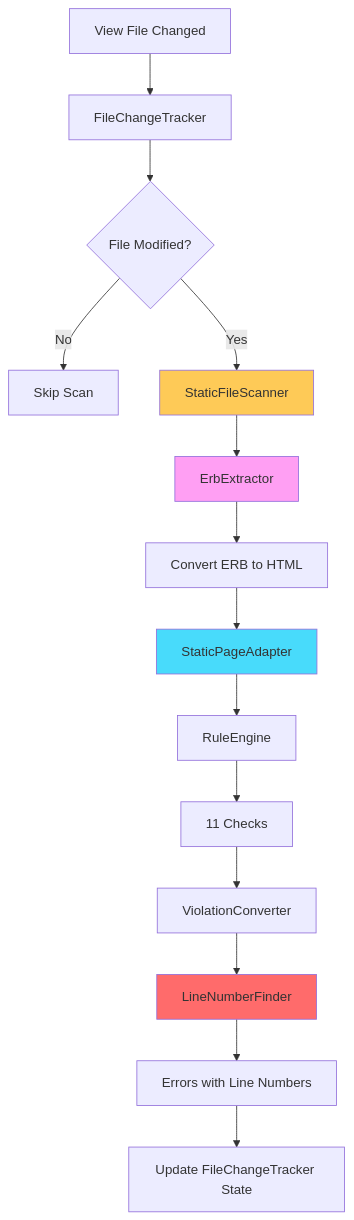
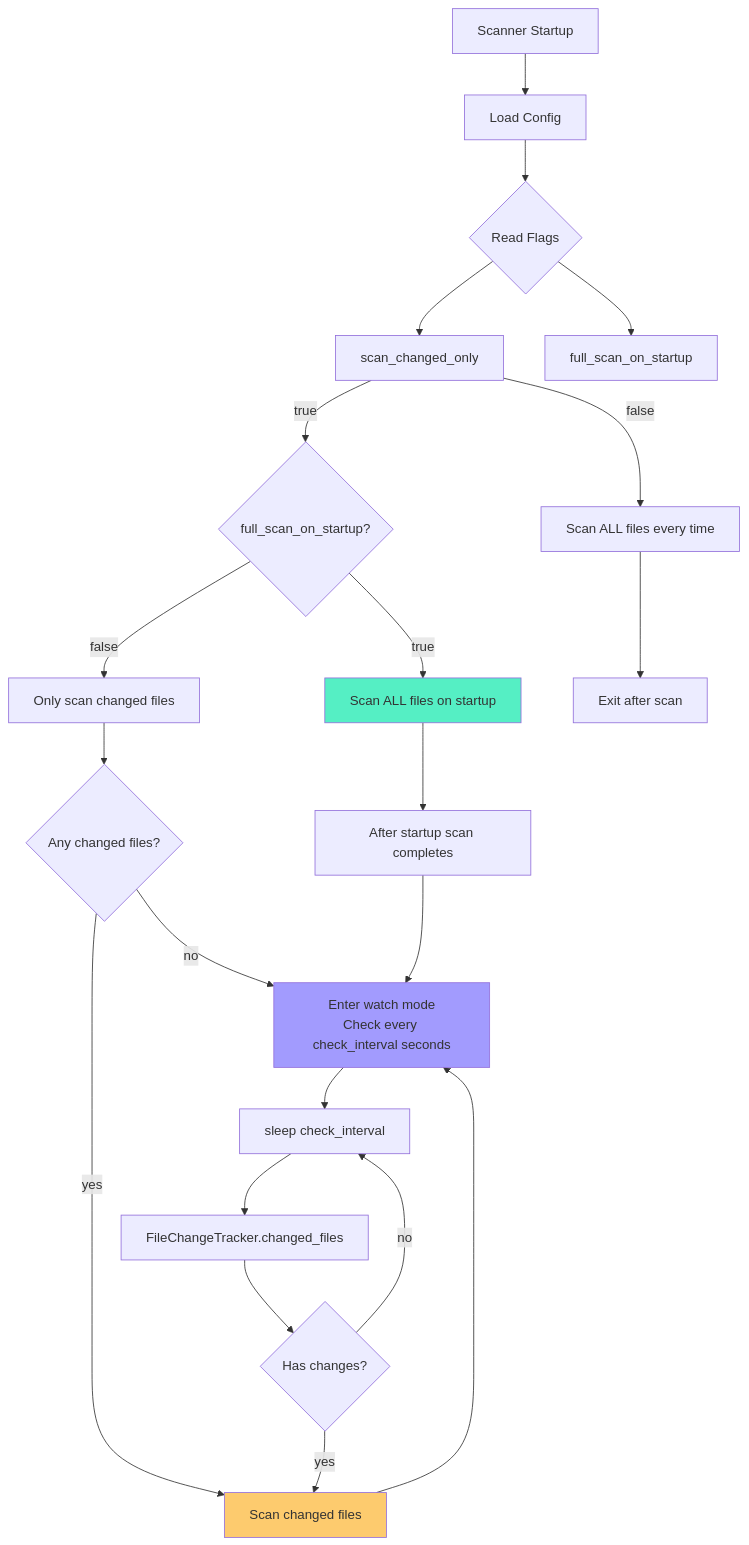
Before and after one commit to rayraycodes/rails-accessibility-testing: the sixth of 8 diagrams in ARCHITECTURE.md, drawn with Mermaid. The commit also changed other lines of this file and 1 other file, not shown here.

First line of the commit message:
docs: Comprehensive architecture documentation update

````diff
--- a/ARCHITECTURE.md
+++ b/ARCHITECTURE.md
@@ -468,21 +572,34 @@
 ```mermaid
 graph TB
-    A[View File Changed] --> B[FileChangeTracker]
-    B --> C{File Modified?}
-    C -->|No| D[Skip Scan]
-    C -->|Yes| E[StaticFileScanner]
-    E --> F[ErbExtractor]
-    F --> G[Convert ERB to HTML]
-    G --> H[StaticPageAdapter]
-    H --> I[RuleEngine]
-    I --> J[11 Checks]
-    J --> K[ViolationConverter]
-    K --> L[LineNumberFinder]
-    L --> M[Errors with Line Numbers]
-    M --> N[Update FileChangeTracker State]
+    Start[Scanner Startup] --> Config[Load Config]
+    Config --> Flags{Read Flags}
+    Flags --> ScanChanged[scan_changed_only]
+    Flags --> FullStartup[full_scan_on_startup]
     
-    style E fill:#feca57
-    style F fill:#ff9ff3
-    style H fill:#48dbfb
-    style L fill:#ff6b6b
+    ScanChanged -->|false| AlwaysScan[Scan ALL files every time]
+    ScanChanged -->|true| CheckStartup{full_scan_on_startup?}
+    
+    CheckStartup -->|true| StartupScan[Scan ALL files on startup]
+    CheckStartup -->|false| ChangedOnly[Only scan changed files]
+    
+    StartupScan --> AfterStartup[After startup scan completes]
+    ChangedOnly --> CheckEmpty{Any changed files?}
+    
+    CheckEmpty -->|no| WatchMode[Enter watch mode<br/>Check every check_interval seconds]
+    CheckEmpty -->|yes| ScanChangedFiles[Scan changed files]
+    
+    AfterStartup --> WatchMode
+    ScanChangedFiles --> WatchMode
+    
+    WatchMode --> Sleep[sleep check_interval]
+    Sleep --> CheckChanges[FileChangeTracker.changed_files]
+    CheckChanges --> HasChanges{Has changes?}
+    HasChanges -->|yes| ScanChangedFiles
+    HasChanges -->|no| Sleep
+    
+    AlwaysScan --> Done[Exit after scan]
+    
+    style StartupScan fill:#55efc4
+    style ScanChangedFiles fill:#fdcb6e
+    style WatchMode fill:#a29bfe
 ```
````
